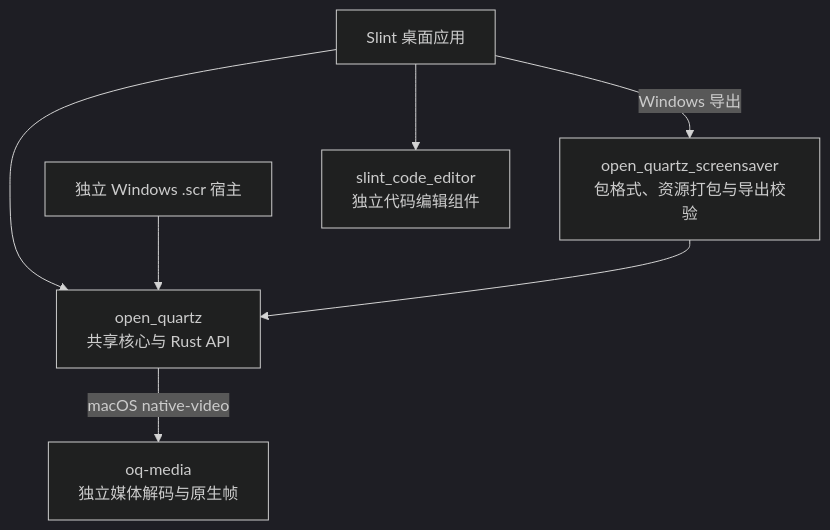
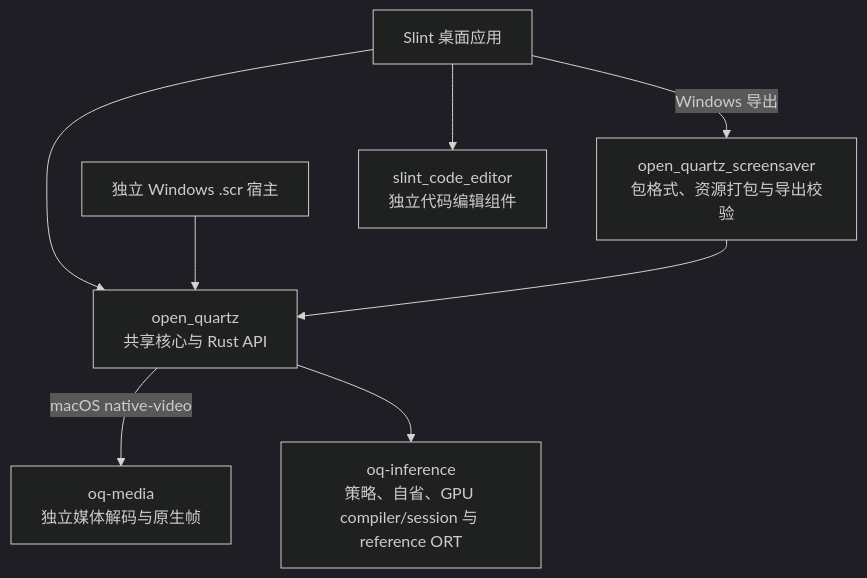
Before and after one commit to sanitor/open_quartz: the first of 5 diagrams in docs/DESIGN.md, drawn with Mermaid (dark theme). The commit also changed other lines of this file and 105 other files, not shown here.

````diff
--- a/docs/DESIGN.md
+++ b/docs/DESIGN.md
@@ -25,16 +25,18 @@
 ```mermaid
 flowchart TB
     APP["Slint 桌面应用"]
     SCR["独立 Windows .scr 宿主"]
     EXPORT["open_quartz_screensaver<br/>包格式、资源打包与导出校验"]
     CORE["open_quartz<br/>共享核心与 Rust API"]
     MEDIA["oq-media<br/>独立媒体解码与原生帧"]
+    INFER["oq-inference<br/>策略、自省、GPU compiler/session 与 reference ORT"]
     EDITOR["slint_code_editor<br/>独立代码编辑组件"]
 
     APP --> CORE
     APP -->|Windows 导出| EXPORT
     APP --> EDITOR
     SCR --> CORE
     EXPORT --> CORE
     CORE -->|macOS native-video| MEDIA
+    CORE --> INFER
 ```
````
